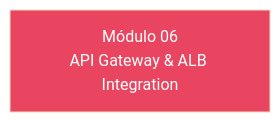
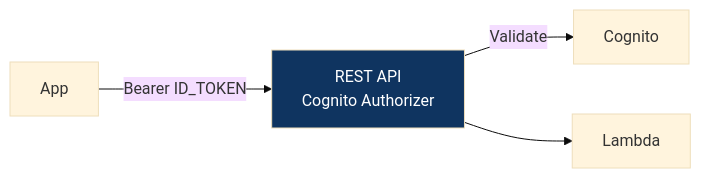
One commit to PabloMarquess/aws-labs changed the second of 3 diagrams in cognito/modulo-06-api-alb-integration.md. Above: the diagram before and after it, drawn with Mermaid (base theme). The commit also changed other lines of this file and 6 other files, not shown here.

````diff
--- a/cognito/modulo-06-api-alb-integration.md
+++ b/cognito/modulo-06-api-alb-integration.md
@@ -12,5 +32,7 @@
 ```mermaid
-graph TB
-    MOD[Módulo 06<br/>API Gateway & ALB Integration]
-    style MOD fill:#e94560,color:#fff
+graph LR
+    CLIENT[App] -->|"Bearer ID_TOKEN"| REST[REST API<br/>Cognito Authorizer]
+    REST -->|Validate| COG[Cognito]
+    REST --> LAMBDA[Lambda]
+    style REST fill:#0f3460,color:#fff
 ```
````
